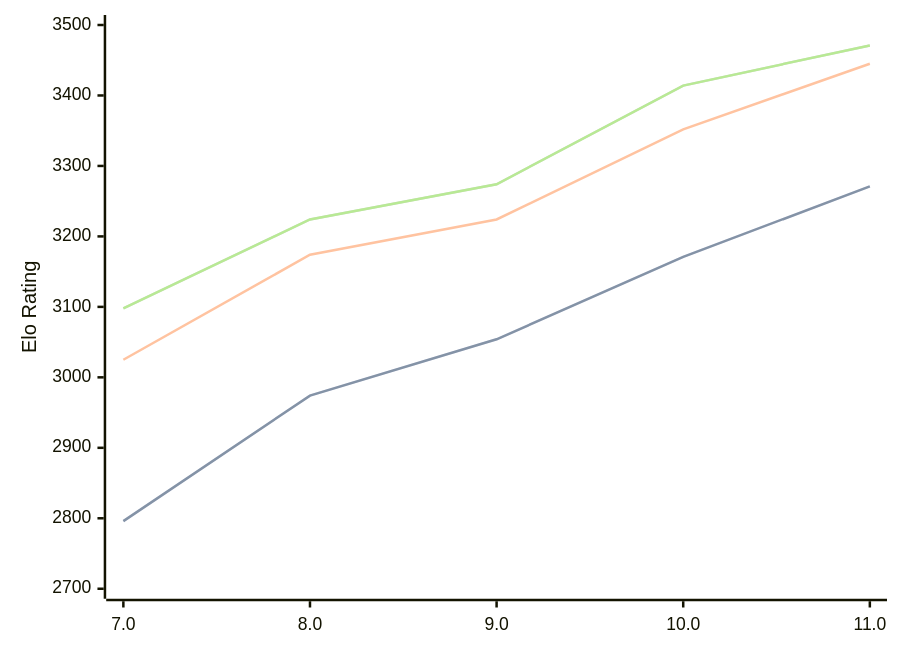
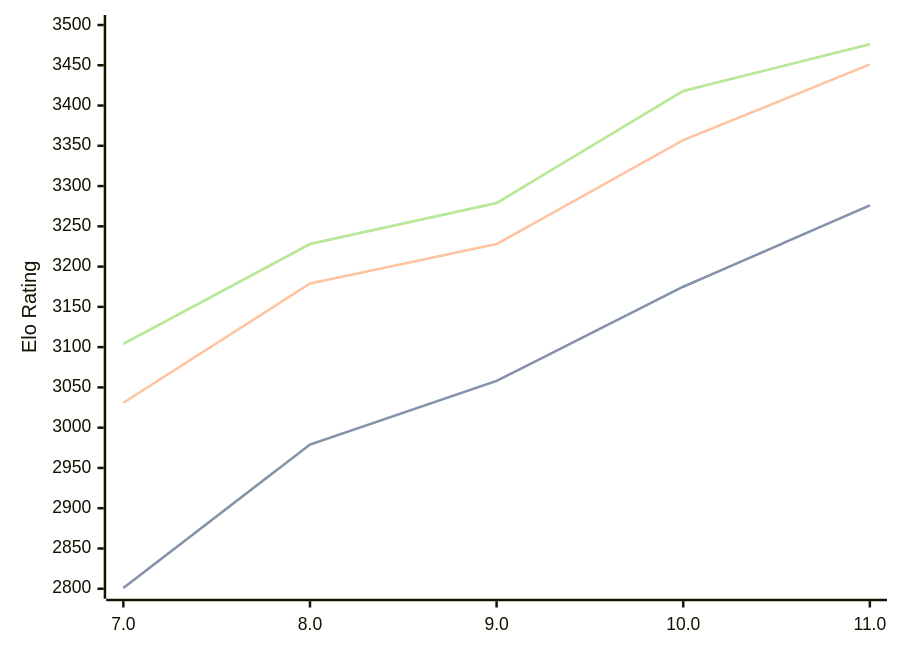
Before and after one commit to computer-chess-index/cci: the diagram in engines/Tcheran.md, drawn with Mermaid. The commit also changed other lines of this file, not shown here.

Commit message:
Update CCI Ratings (ELO VLTC) - 2026-04-14

````diff
--- a/engines/Tcheran.md
+++ b/engines/Tcheran.md
@@ -49,11 +49,11 @@
 ```mermaid
 %%{init: {"theme":"base","themeVariables":{"seriesColors:['#a3a3a3','#222221','#faa371']}}}%%
 xychart-beta
   x-axis ["7.0", "8.0", "9.0", "10.0", "11.0"]
-  y-axis "Elo Rating" 2700 --> 3500
-  line "STC (8.0+0.08s)" [2796, 2974, 3054, 3171, 3271]
-  line "STC (8.0+0.08s)" [2796, 2974, 3054, 3171, 3271]
-  line "LTC (60.0+0.60s)" [3025, 3174, 3224, 3352, 3445]
-  line "VLTC (2m24s+1.12s)" [3098, 3224, 3274, 3414, 3471]
-  line "VLTC (2m24s+1.12s)" [3098, 3224, 3274, 3414, 3471]
+  y-axis "Elo Rating" 2800 --> 3500
+  line "STC (8.0+0.08s)" [2801, 2979, 3058, 3175, 3276]
+  line "STC (8.0+0.08s)" [2801, 2979, 3058, 3175, 3276]
+  line "LTC (60.0+0.60s)" [3031, 3179, 3228, 3357, 3451]
+  line "VLTC (2m24s+1.12s)" [3104, 3228, 3279, 3418, 3476]
+  line "VLTC (2m24s+1.12s)" [3104, 3228, 3279, 3418, 3476]
 ```
````
